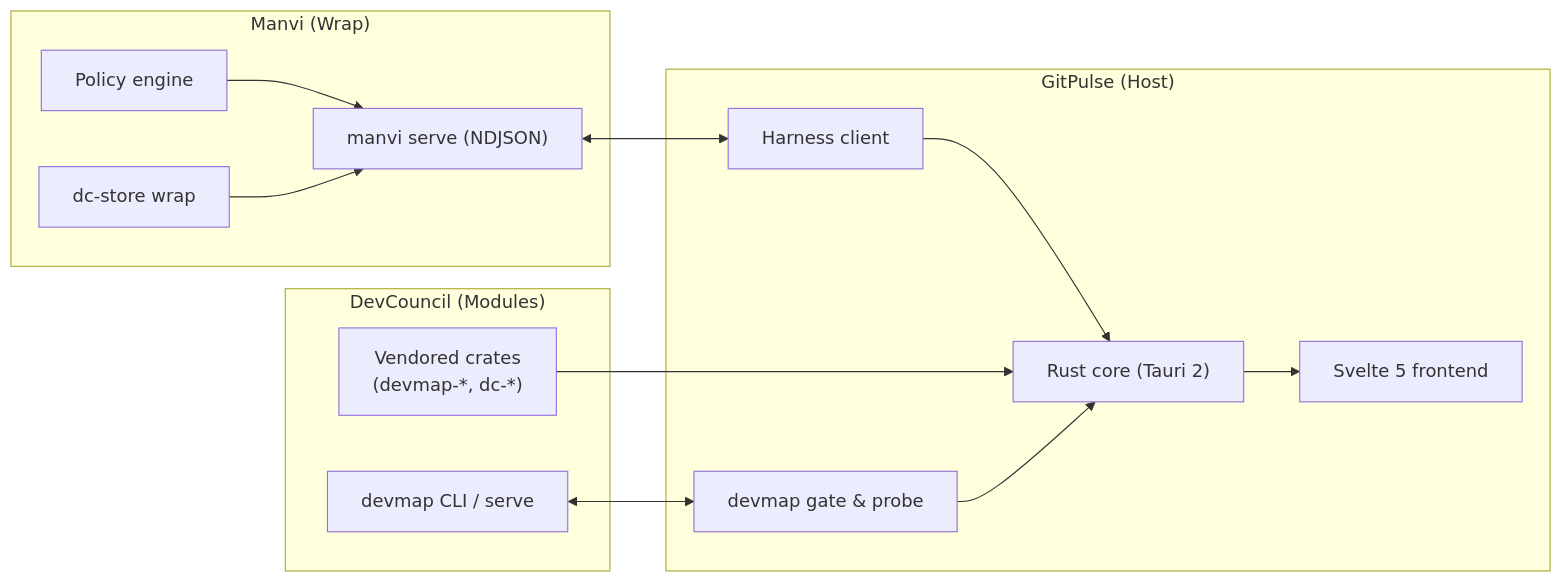
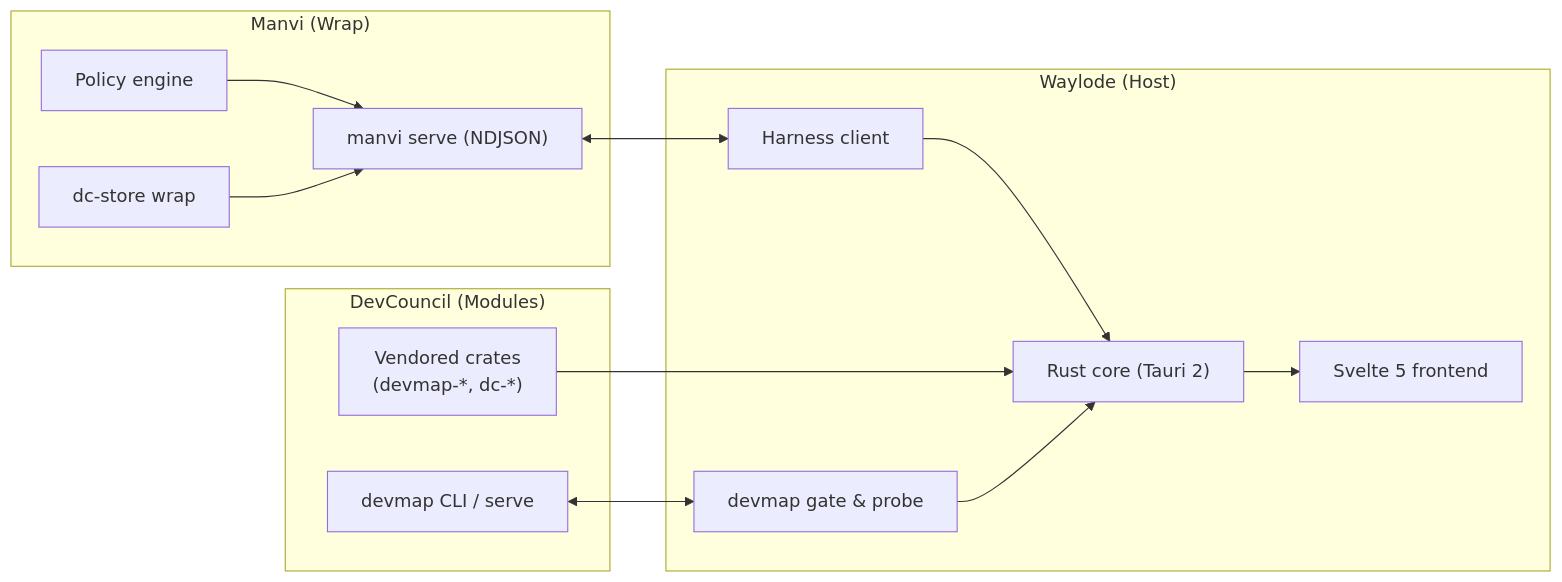
The second of 2 diagrams in wiki/Architecture.md (bharathvbcr/GitPulse), drawn with Mermaid before and after one commit. The commit also changed other lines of this file and 57 other files, not shown here.

First line of the commit message:
docs,specs,src-tauri: align Waylode philosophy, specs 001-003, and host CLI preflight seam

````diff
--- a/wiki/Architecture.md
+++ b/wiki/Architecture.md
@@ -99,27 +99,27 @@
 ```mermaid
 flowchart LR
     subgraph DC["DevCouncil (Modules)"]
         DCLib["Vendored crates<br/>(devmap-*, dc-*)"]
         DCCLI["devmap CLI / serve"]
     end
     subgraph MV["Manvi (Wrap)"]
         MVSidecar["manvi serve (NDJSON)"]
         MVPolicy["Policy engine"]
         MVWorkbench["dc-store wrap"]
         MVPolicy --> MVSidecar
         MVWorkbench --> MVSidecar
     end
-    subgraph GP["GitPulse (Host)"]
+    subgraph GP["Waylode (Host)"]
         Rust["Rust core (Tauri 2)"]
         Gate["devmap gate & probe"]
         Client["Harness client"]
         UI["Svelte 5 frontend"]
         Gate --> Rust
         Client --> Rust
         Rust --> UI
     end
 
     DCLib --> Rust
     DCCLI <--> Gate
     MVSidecar <--> Client
 ```
````
